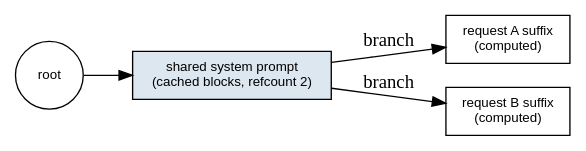
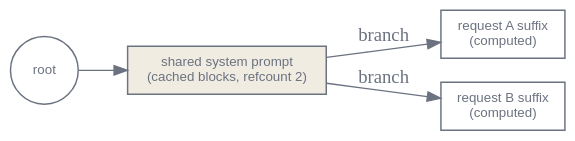
One commit to latere-ai/ai-as-an-infrastructure changed the third of 4 diagrams in en/p4-inference/17-memory-scheduling.qmd. Above: the diagram before and after it, drawn with Graphviz. The commit also changed 186 other files, not shown here.

First line of the commit message:
book: visual audit pass on all diagrams and figures

````diff
--- a/en/p4-inference/17-memory-scheduling.qmd
+++ b/en/p4-inference/17-memory-scheduling.qmd
@@ -74,15 +74,17 @@
 ```{dot}
 //| label: fig-memory-scheduling-radix
 //| fig-cap: "Prefix sharing in a radix tree. Two requests with the same system prompt share its cached blocks up to the branch point and compute only the suffix where their tokens diverge. The shared node is reference-counted and copied on first write past it. After Zheng et al., 2024."
 digraph radix {
   rankdir=LR;
-  node [shape=box, fontname="Helvetica", fontsize=10];
+  bgcolor="transparent";
+  node [shape=box, fontname="Helvetica", fontsize=10, color="#6b7280", fontcolor="#6b7280", penwidth=1.1];
+  edge [color="#6b7280", fontcolor="#6b7280"];
   root [label="root", shape=circle, width=0.3];
-  shared [label="shared system prompt\n(cached blocks, refcount 2)", style=filled, fillcolor="#dde7f0"];
+  shared [label="shared system prompt\n(cached blocks, refcount 2)", style=filled, fillcolor="#f1ece1"];
   sufA [label="request A suffix\n(computed)"];
   sufB [label="request B suffix\n(computed)"];
   root -> shared;
   shared -> sufA [label="branch"];
   shared -> sufB [label="branch"];
 }
 ```
````
